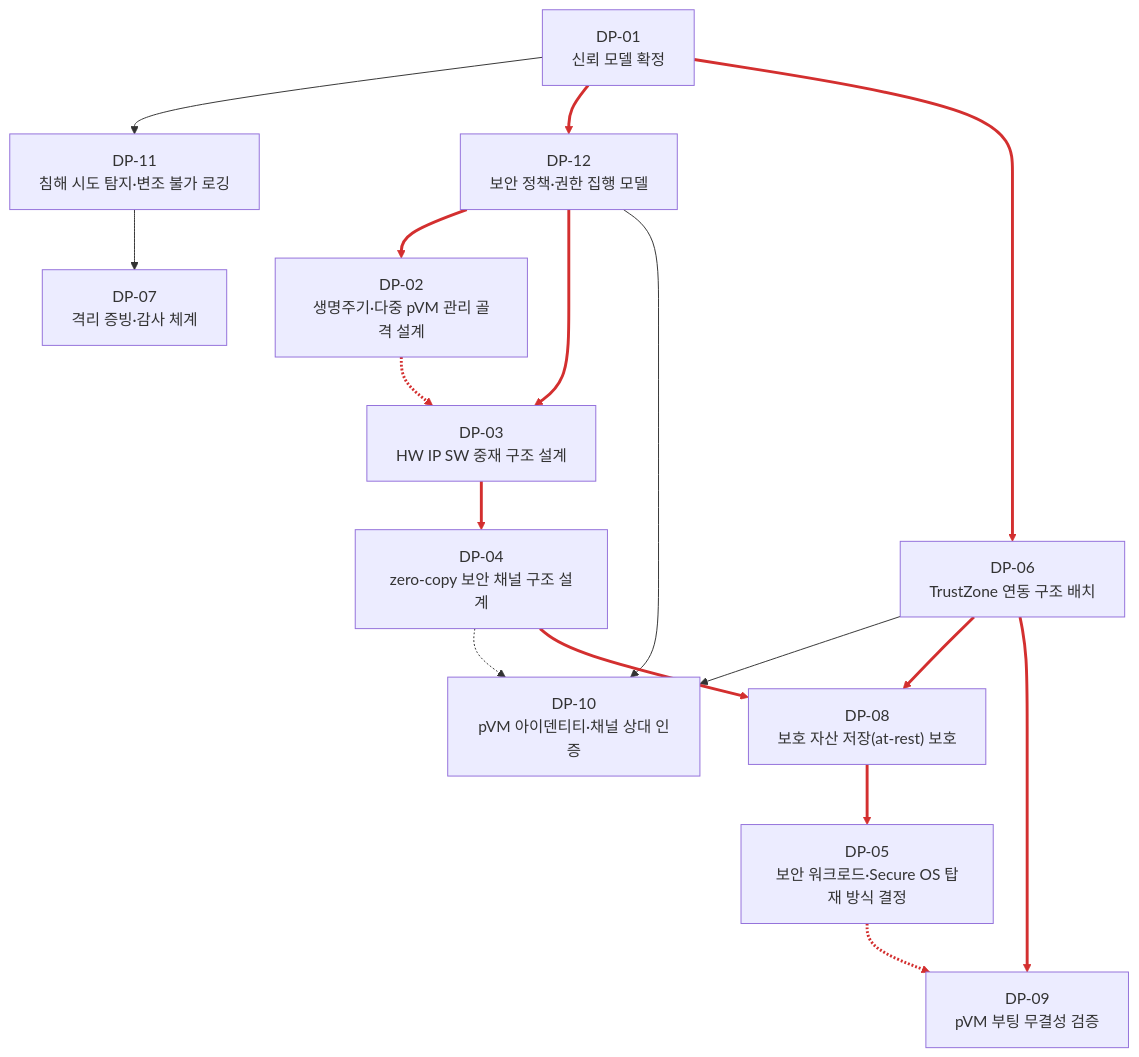
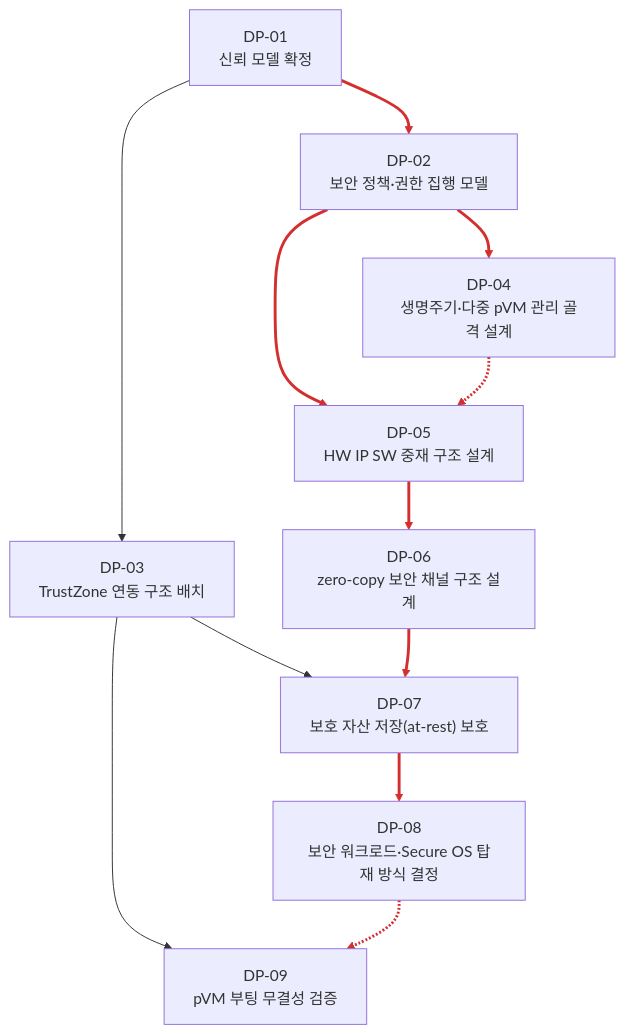
One commit to boram1288/personal-architecture changed the diagram in docs_fable/05_design_points.md. Above: the diagram before and after it, drawn with Mermaid. The commit also changed other lines of this file and 19 other files, not shown here.

````diff
--- a/docs_fable/05_design_points.md
+++ b/docs_fable/05_design_points.md
@@ -374,34 +299,26 @@
 ```mermaid
 flowchart TD
     DP01["DP-01<br/>신뢰 모델 확정"]
-    DP11["DP-11<br/>침해 시도 탐지·변조 불가 로깅"]
-    DP07["DP-07<br/>격리 증빙·감사 체계"]
-    DP12["DP-12<br/>보안 정책·권한 집행 모델"]
-    DP02["DP-02<br/>생명주기·다중 pVM 관리 골격 설계"]
-    DP03["DP-03<br/>HW IP SW 중재 구조 설계"]
-    DP06["DP-06<br/>TrustZone 연동 구조 배치"]
-    DP04["DP-04<br/>zero-copy 보안 채널 구조 설계"]
-    DP10["DP-10<br/>pVM 아이덴티티·채널 상대 인증"]
-    DP08["DP-08<br/>보호 자산 저장(at-rest) 보호"]
+    DP02["DP-02<br/>보안 정책·권한 집행 모델"]
+    DP03["DP-03<br/>TrustZone 연동 구조 배치"]
+    DP04["DP-04<br/>생명주기·다중 pVM 관리 골격 설계"]
+    DP05["DP-05<br/>HW IP SW 중재 구조 설계"]
+    DP06["DP-06<br/>zero-copy 보안 채널 구조 설계"]
+    DP07["DP-07<br/>보호 자산 저장(at-rest) 보호"]
+    DP08["DP-08<br/>보안 워크로드·Secure OS 탑재 방식 결정"]
     DP09["DP-09<br/>pVM 부팅 무결성 검증"]
-    DP05["DP-05<br/>보안 워크로드·Secure OS 탑재 방식 결정"]
 
-    DP01 --> DP11
-    DP11 --> DP07
-    DP01 --> DP12
-    DP12 --> DP02
-    DP12 --> DP03
-    DP12 --> DP10
-    DP02 -.-> DP03
-    DP03 --> DP04
-    DP01 --> DP06
-    DP06 --> DP10
-    DP06 --> DP08
-    DP06 --> DP09
-    DP04 -.-> DP10
-    DP04 --> DP08
-    DP08 --> DP05
-    DP05 -.-> DP09
+    DP01 --> DP02
+    DP01 --> DP03
+    DP02 --> DP04
+    DP02 --> DP05
+    DP04 -.-> DP05
+    DP05 --> DP06
+    DP03 --> DP07
+    DP06 --> DP07
+    DP07 --> DP08
+    DP03 --> DP09
+    DP08 -.-> DP09
 
-    linkStyle 2,3,4,6,7,8,10,11,13,14,15 stroke:#d32f2f,stroke-width:3px
+    linkStyle 0,2,3,4,5,7,8,10 stroke:#d32f2f,stroke-width:3px
 ```
````
